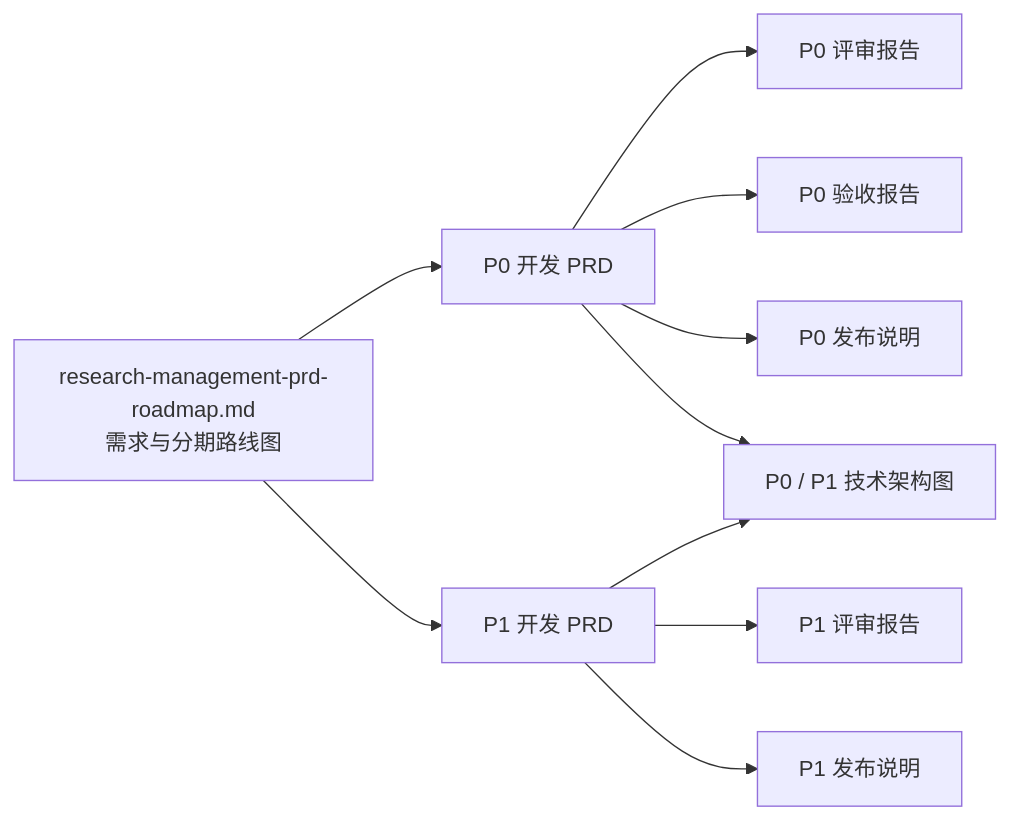
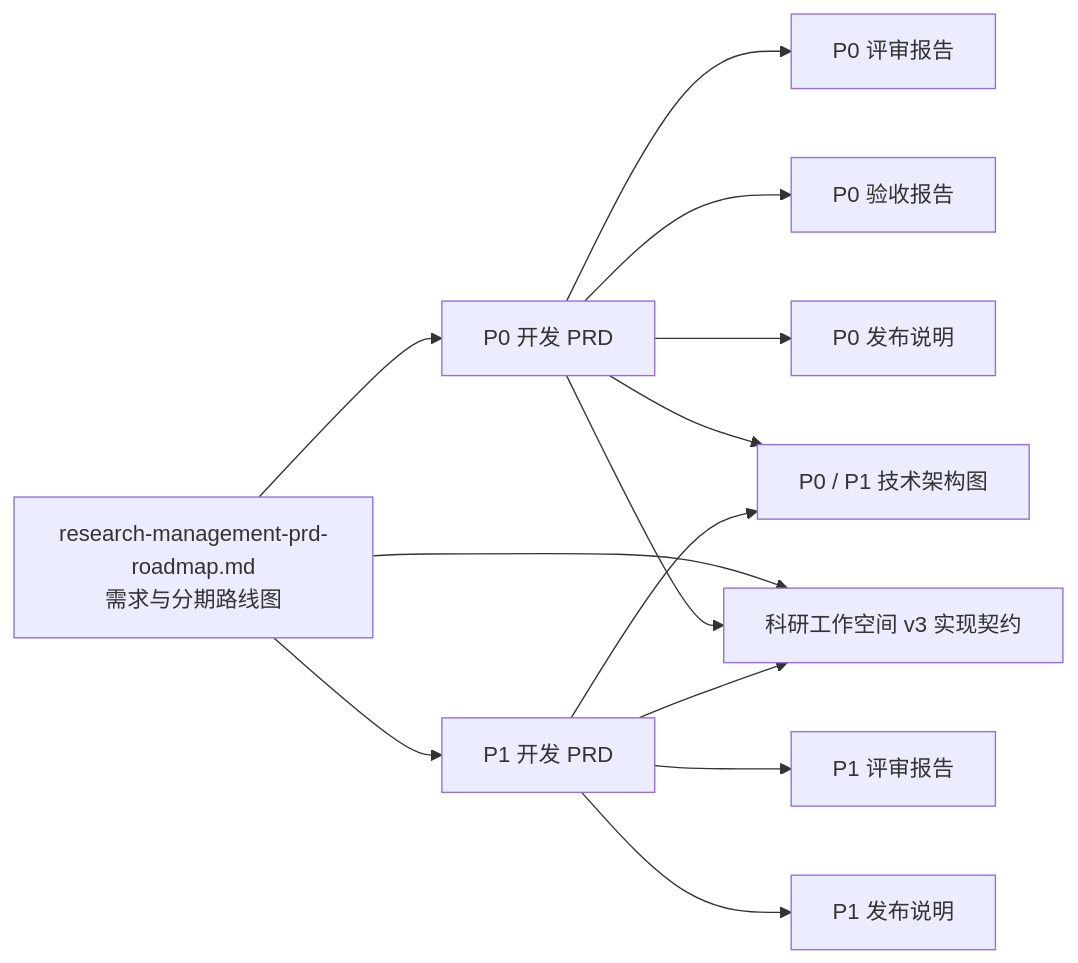
One commit to SynlysAI/plane changed the diagram in docs/README.md. Above: the diagram before and after it, drawn with Mermaid. The commit also changed other lines of this file and 21 other files, not shown here.

````diff
--- a/docs/README.md
+++ b/docs/README.md
@@ -44,12 +46,15 @@
 ```mermaid
 flowchart LR
     R[research-management-prd-roadmap.md<br/>需求与分期路线图] --> P0[P0 开发 PRD]
     R --> P1[P1 开发 PRD]
     P0 --> P0R[P0 评审报告]
     P1 --> P1R[P1 评审报告]
     P0 --> P0A[P0 验收报告]
     P0 --> P0N[P0 发布说明]
     P1 --> P1N[P1 发布说明]
     P0 --> ARCH[P0 / P1 技术架构图]
     P1 --> ARCH
+    R --> V3[科研工作空间 v3 实现契约]
+    P0 --> V3
+    P1 --> V3
 ```
````
